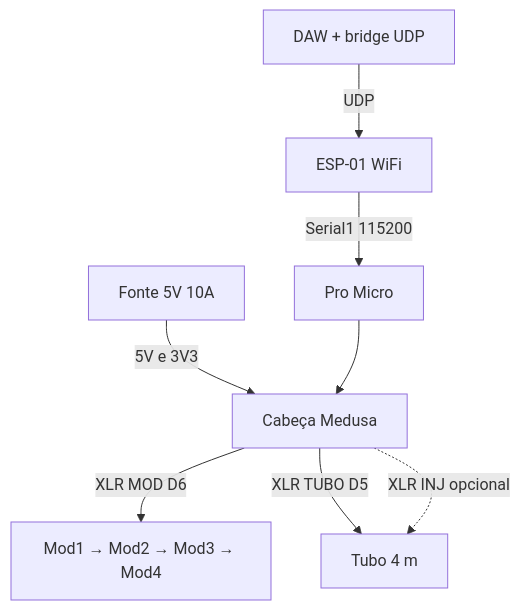
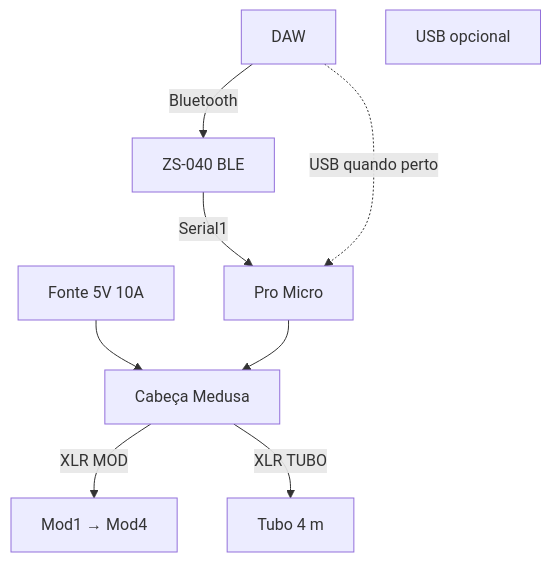
One commit to andreysenes/light changed the diagram in docs/17-CABECA-MEDUSA.md. Above: the diagram before and after it, drawn with Mermaid. The commit also changed other lines of this file and 7 other files, not shown here.

Commit message:
Completar docs ZS-040 e dual MIDI USB+serial

````diff
--- a/docs/17-CABECA-MEDUSA.md
+++ b/docs/17-CABECA-MEDUSA.md
@@ -42,16 +52,17 @@
 ```mermaid
 flowchart TB
   PSU[Fonte 5V 10A]
   MEDUSA[Cabeça Medusa]
-  ESP[ESP-01 WiFi]
+  BT[ZS-040 BLE]
   PM[Pro Micro]
-  DAW[DAW + bridge UDP]
+  DAW[DAW]
+  USB[USB opcional]
 
-  PSU -->|5V e 3V3| MEDUSA
-  DAW -->|UDP| ESP
-  ESP -->|Serial1 115200| PM
+  PSU --> MEDUSA
+  DAW -->|Bluetooth| BT
+  BT -->|Serial1| PM
+  DAW -.->|USB quando perto| PM
   PM --> MEDUSA
-  MEDUSA -->|XLR MOD D6| CHAIN[Mod1 → Mod2 → Mod3 → Mod4]
-  MEDUSA -->|XLR TUBO D5| TUBE[Tubo 4 m]
-  MEDUSA -.->|XLR INJ opcional| TUBE
+  MEDUSA -->|XLR MOD| CHAIN[Mod1 → Mod4]
+  MEDUSA -->|XLR TUBO| TUBE[Tubo 4 m]
 ```
````
